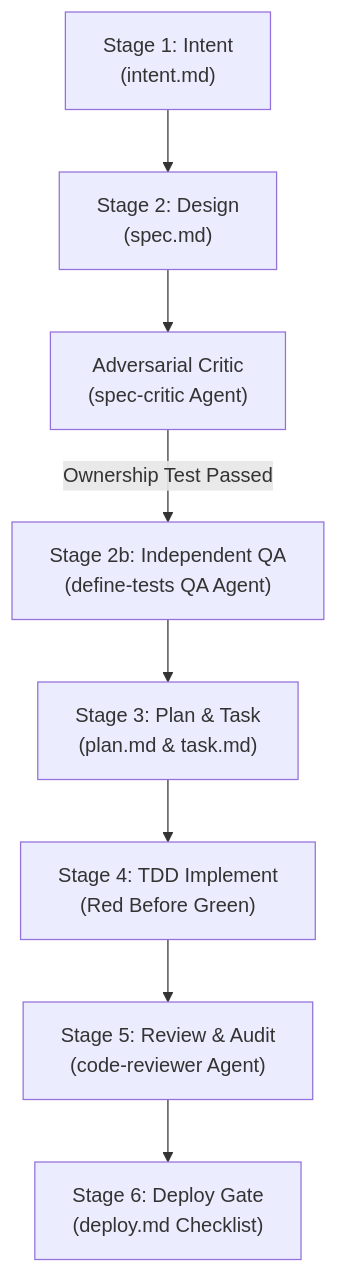
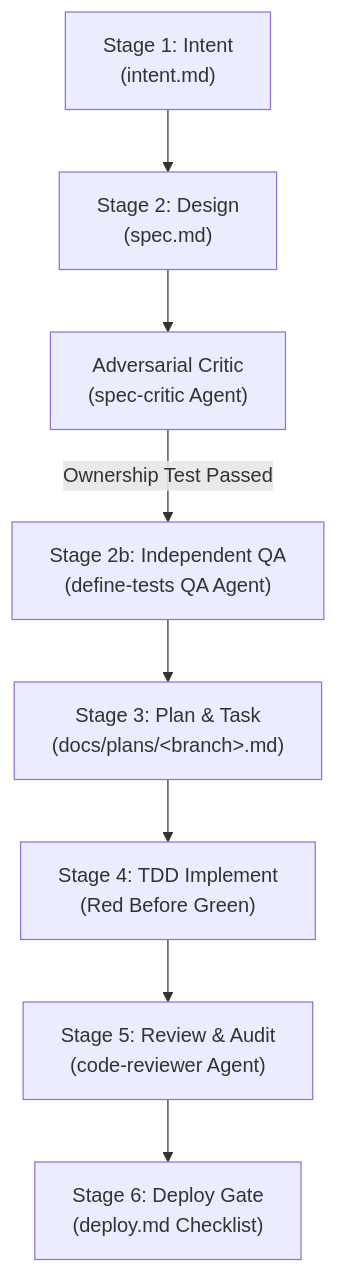
The diagram in README.md (vqhuy0925/antigravity-starter-kit), drawn with Mermaid before and after one commit. The commit also changed other lines of this file and 2 other files, not shown here.

````diff
--- a/README.md
+++ b/README.md
@@ -70,10 +70,10 @@
 ```mermaid
 flowchart TD
     A["Stage 1: Intent<br/>(intent.md)"] --> B["Stage 2: Design<br/>(spec.md)"]
     B --> C["Adversarial Critic<br/>(spec-critic Agent)"]
     C -->|Ownership Test Passed| D["Stage 2b: Independent QA<br/>(define-tests QA Agent)"]
-    D --> E["Stage 3: Plan & Task<br/>(plan.md & task.md)"]
+    D --> E["Stage 3: Plan & Task<br/>(docs/plans/&lt;branch&gt;.md)"]
     E --> F["Stage 4: TDD Implement<br/>(Red Before Green)"]
     F --> G["Stage 5: Review & Audit<br/>(code-reviewer Agent)"]
     G --> H["Stage 6: Deploy Gate<br/>(deploy.md Checklist)"]
 ```
````
